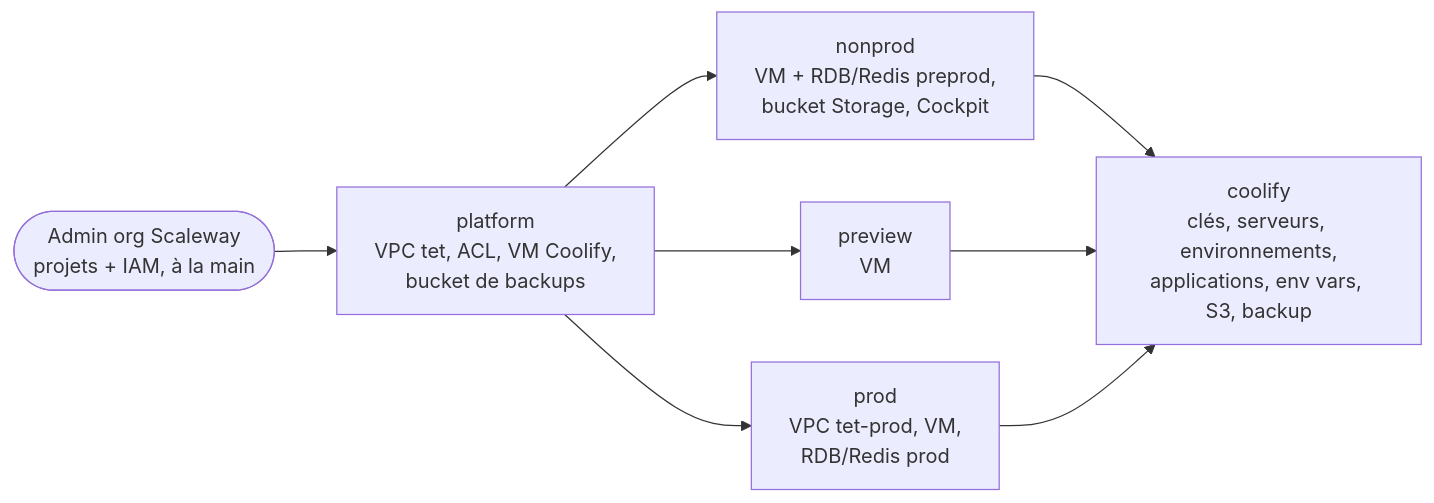
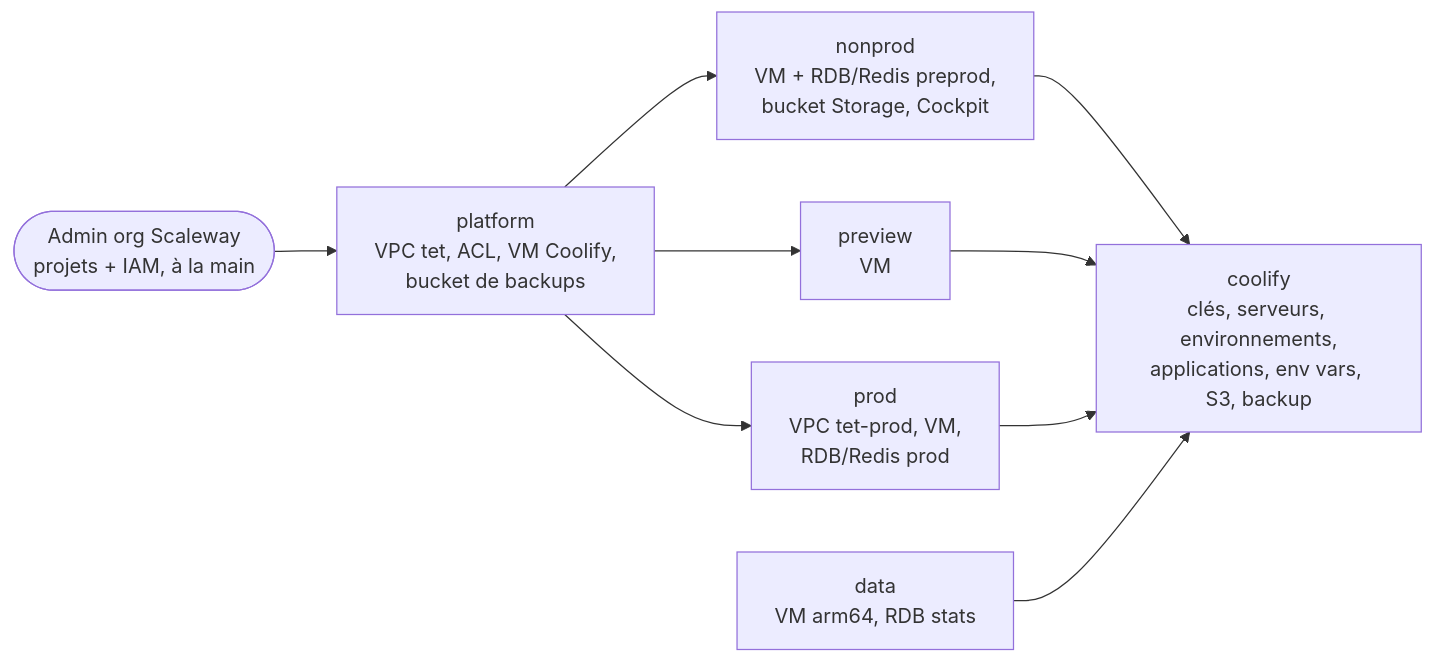
Before and after one commit to incubateur-ademe/territoires-en-transitions: the second of 2 diagrams in infra/README.md, drawn with Mermaid. The commit also changed other lines of this file and 12 other files, not shown here.

First line of the commit message:
feat(infra): tier data pour la stack d'analyse (stats, Streamlit, Metabase, MCP)

````diff
--- a/infra/README.md
+++ b/infra/README.md
@@ -113,11 +117,12 @@
 ```mermaid
 flowchart LR
   admin([Admin org Scaleway<br/>projets + IAM, à la main]) --> platform
   platform["platform<br/>VPC tet, ACL, VM Coolify,<br/>bucket de backups"]
   platform --> nonprod & preview & prod
   nonprod["nonprod<br/>VM + RDB/Redis preprod,<br/>bucket Storage, Cockpit"]
   preview["preview<br/>VM"]
   prod["prod<br/>VPC tet-prod, VM,<br/>RDB/Redis prod"]
-  nonprod & preview & prod --> coolifys
+  data["data<br/>VM arm64, RDB stats"]
+  nonprod & preview & prod & data --> coolifys
   coolifys["coolify<br/>clés, serveurs, environnements,<br/>applications, env vars, S3, backup"]
 ```
````
